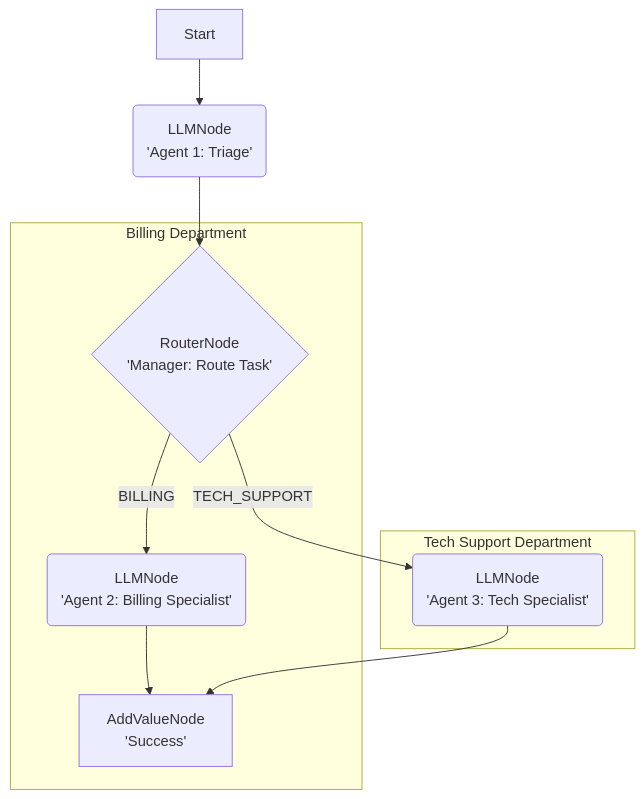
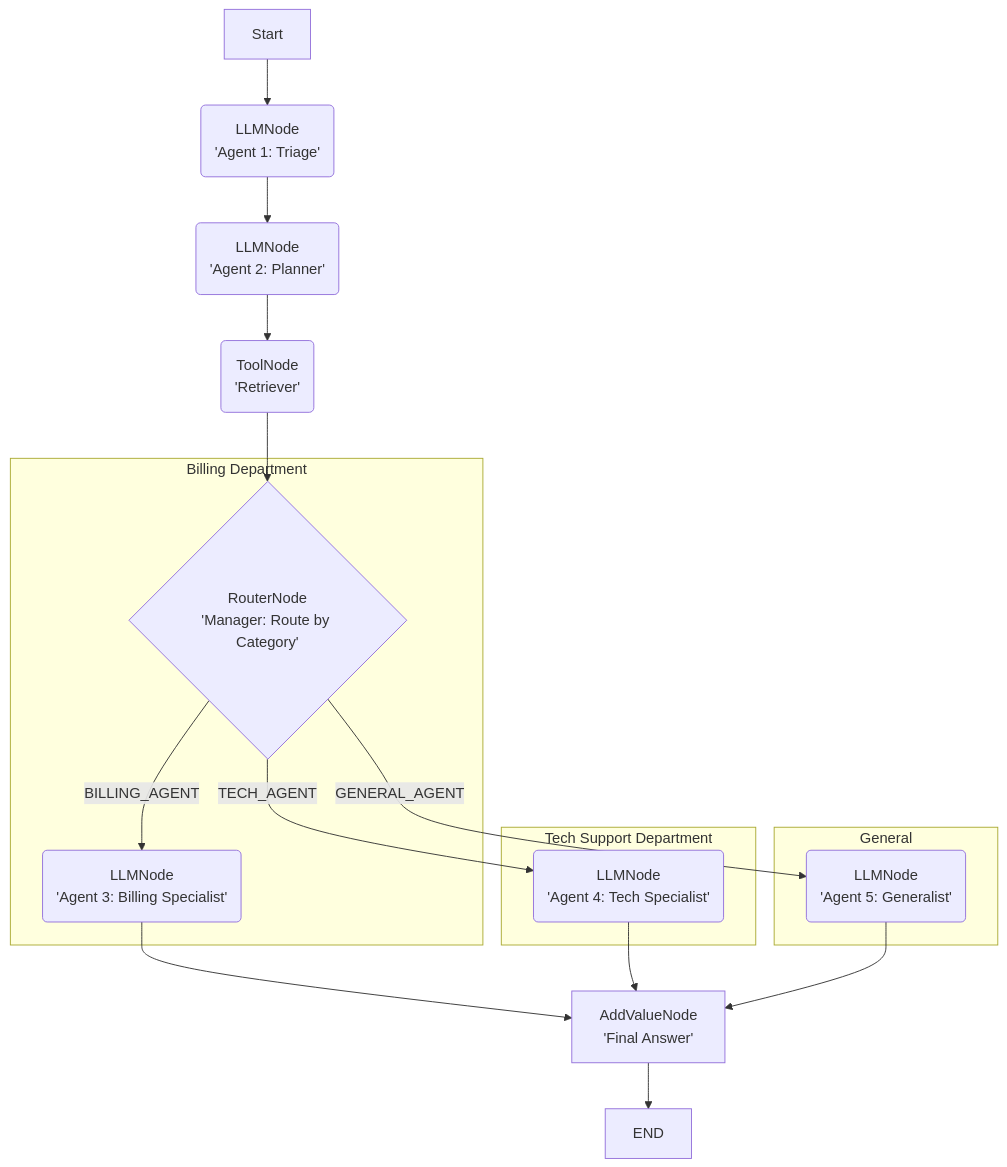
Before and after one commit to partech2015/lar: the diagram in README.md, drawn with Mermaid. The commit also changed other lines of this file, not shown here.

````diff
--- a/README.md
+++ b/README.md
@@ -142,15 +142,24 @@
 ```mermaid
 graph TD
     A[Start] --> B(LLMNode<br/>'Agent 1: Triage');
-    B --> C{RouterNode<br/>'Manager: Route Task'};
+    B --> C(LLMNode<br/>'Agent 2: Planner');
+    C --> D(ToolNode<br/>'Retriever');
+    D --> E{RouterNode<br/>'Manager: Route by Category'};
     
     subgraph "Billing Department"
-        C -- "BILLING" --> D(LLMNode<br/>'Agent 2: Billing Specialist');
-        D --> F[AddValueNode<br/>'Success'];
+        E -- "BILLING_AGENT" --> F(LLMNode<br/>'Agent 3: Billing Specialist');
     end
 
     subgraph "Tech Support Department"
-        C -- "TECH_SUPPORT" --> E(LLMNode<br/>'Agent 3: Tech Specialist');
-        E --> F;
+        E -- "TECH_AGENT" --> G(LLMNode<br/>'Agent 4: Tech Specialist');
     end
+
+    subgraph "General"
+        E -- "GENERAL_AGENT" --> H(LLMNode<br/>'Agent 5: Generalist');
+    end
+
+    F --> I[AddValueNode<br/>'Final Answer'];
+    G --> I;
+    H --> I;
+    I --> J[END];
 ```
````
